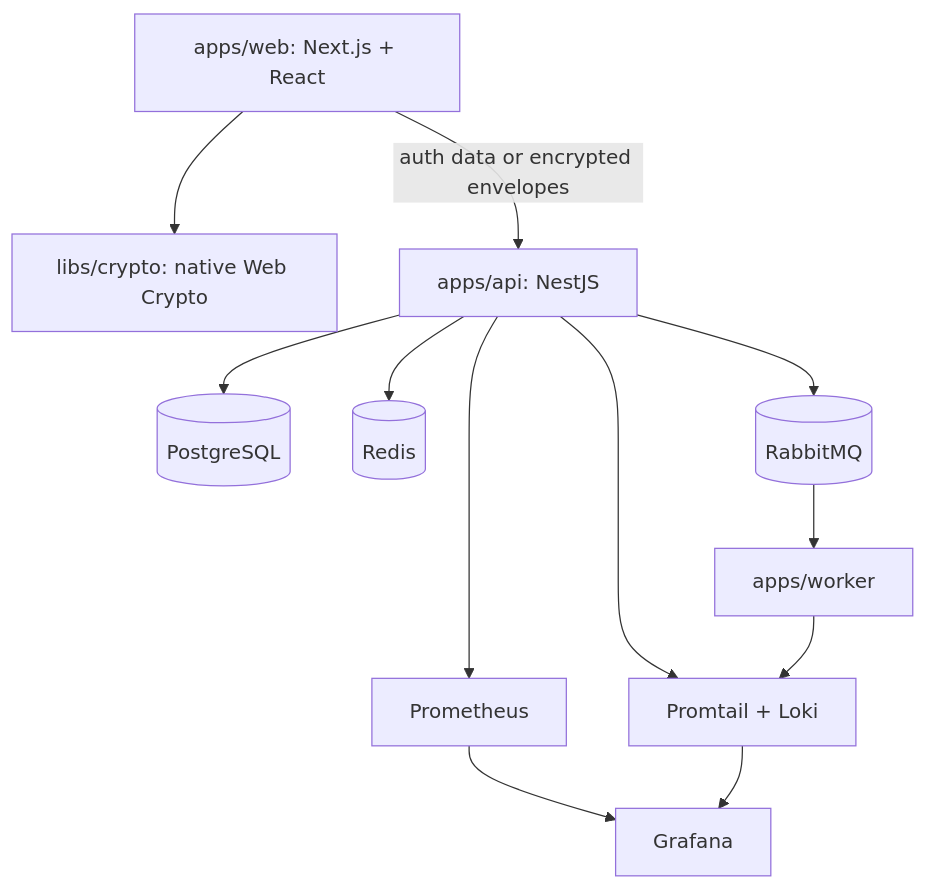
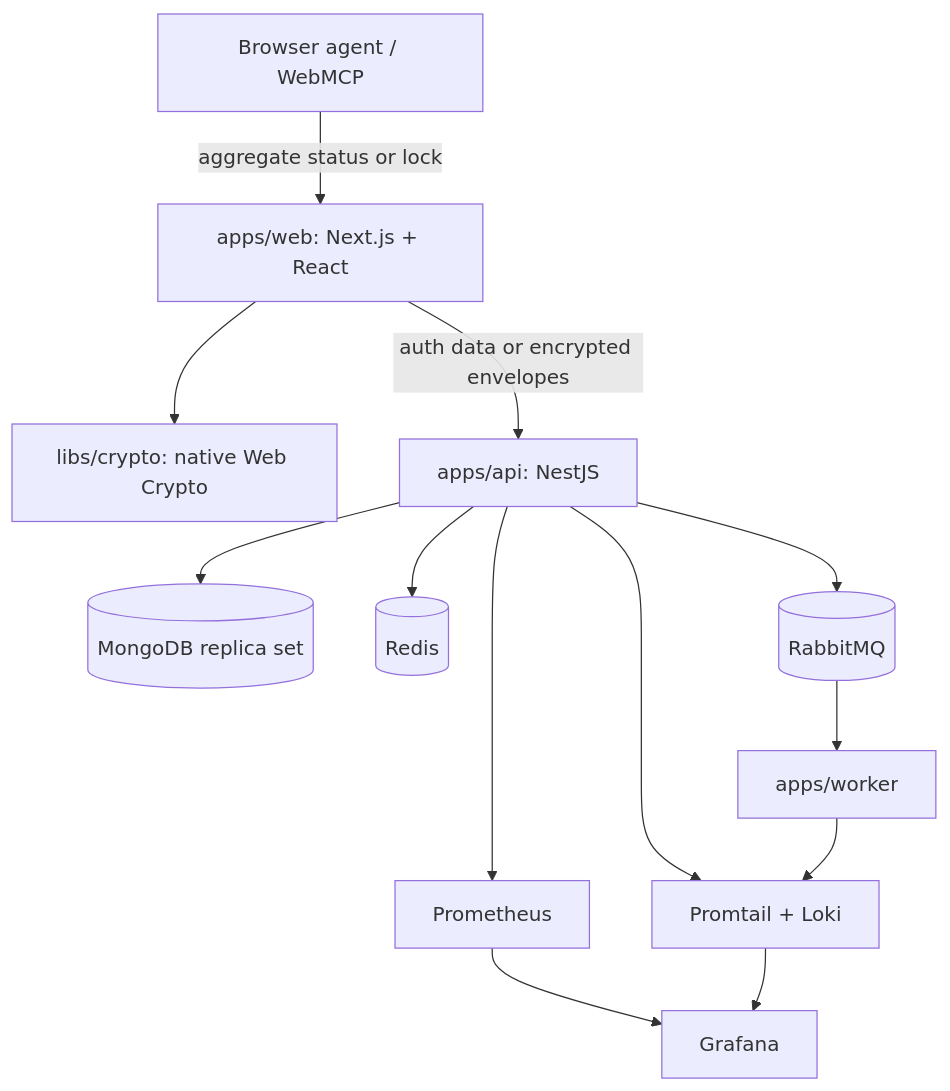
One commit to sujithgnth/keynest changed the diagram in docs/architecture.md. Above: the diagram before and after it, drawn with Mermaid. The commit also changed other lines of this file and 147 other files, not shown here.

````diff
--- a/docs/architecture.md
+++ b/docs/architecture.md
@@ -12,25 +12,27 @@
 ```mermaid
 flowchart TB
   UI["apps/web: Next.js + React"]
+  AG["Browser agent / WebMCP"]
   CR["libs/crypto: native Web Crypto"]
   API["apps/api: NestJS"]
-  DB[("PostgreSQL")]
+  DB[("MongoDB replica set")]
   RE[("Redis")]
   MQ[("RabbitMQ")]
   WK["apps/worker"]
   PR["Prometheus"]
   LO["Promtail + Loki"]
   GR["Grafana"]
 
   UI --> CR
+  AG -->|"aggregate status or lock"| UI
   UI -->|"auth data or encrypted envelopes"| API
   API --> DB
   API --> RE
   API --> MQ
   MQ --> WK
   API --> PR
   API --> LO
   WK --> LO
   PR --> GR
   LO --> GR
 ```
````
